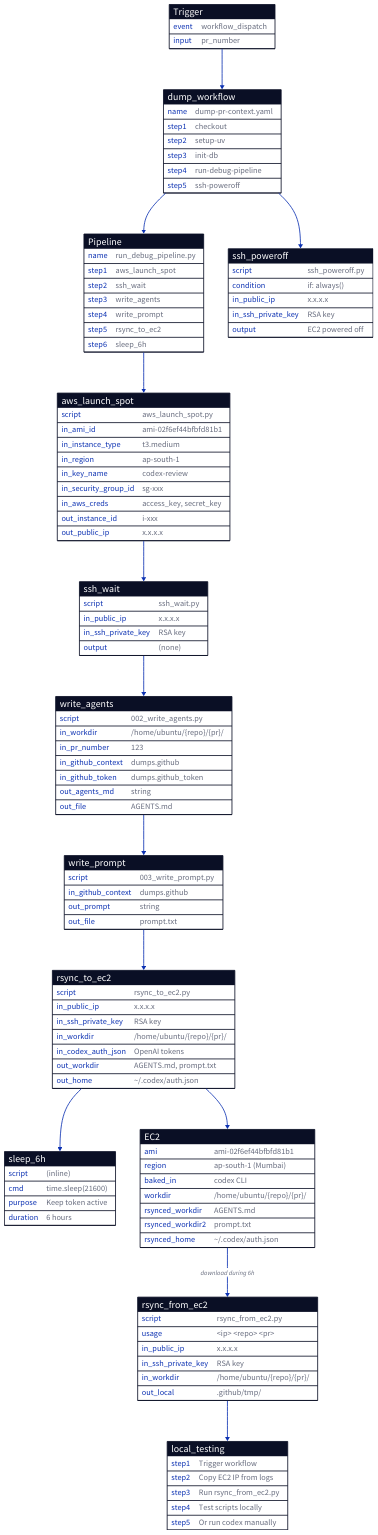
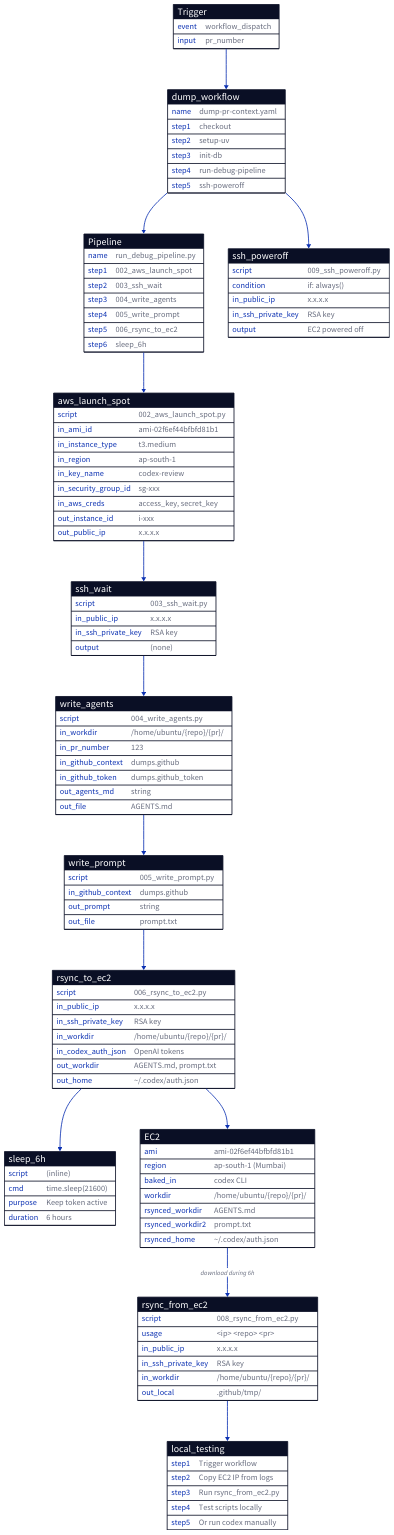
Before and after one commit to fossh/codex-code-review-poc1: the diagram in flow_diagrams/debug_flow.d2, drawn with D2. The commit also changed 13 other files, not shown here.

```diff
--- a/flow_diagrams/debug_flow.d2
+++ b/flow_diagrams/debug_flow.d2
@@ -1,147 +1,147 @@
 direction: down
 
 # Debug/Local Testing Flow
 
 # Trigger
 Trigger: {
   shape: sql_table
   event: "workflow_dispatch"
   input: "pr_number"
 }
 
 # Dump Workflow
 dump_workflow: {
   shape: sql_table
   name: "dump-pr-context.yaml"
   step1: "checkout"
   step2: "setup-uv"
   step3: "init-db"
   step4: "run-debug-pipeline"
   step5: "ssh-poweroff"
 }
 
 Trigger -> dump_workflow
 
 # Debug Pipeline
 Pipeline: {
   shape: sql_table
   name: "run_debug_pipeline.py"
-  step1: "aws_launch_spot"
-  step2: "ssh_wait"
-  step3: "write_agents"
-  step4: "write_prompt"
-  step5: "rsync_to_ec2"
+  step1: "002_aws_launch_spot"
+  step2: "003_ssh_wait"
+  step3: "004_write_agents"
+  step4: "005_write_prompt"
+  step5: "006_rsync_to_ec2"
   step6: "sleep_6h"
 }
 
 aws_launch_spot: {
   shape: sql_table
-  script: "aws_launch_spot.py"
+  script: "002_aws_launch_spot.py"
   in_ami_id: "ami-02f6ef44bfbfd81b1"
   in_instance_type: "t3.medium"
   in_region: "ap-south-1"
   in_key_name: "codex-review"
   in_security_group_id: "sg-xxx"
   in_aws_creds: "access_key, secret_key"
   out_instance_id: "i-xxx"
   out_public_ip: "x.x.x.x"
 }
 
 ssh_wait: {
   shape: sql_table
-  script: "ssh_wait.py"
+  script: "003_ssh_wait.py"
   in_public_ip: "x.x.x.x"
   in_ssh_private_key: "RSA key"
   output: "(none)"
 }
 
 write_agents: {
   shape: sql_table
-  script: "002_write_agents.py"
+  script: "004_write_agents.py"
   in_workdir: "/home/ubuntu/{repo}/{pr}/"
   in_pr_number: "123"
   in_github_context: "dumps.github"
   in_github_token: "dumps.github_token"
   out_agents_md: "string"
   out_file: "AGENTS.md"
 }
 
 write_prompt: {
   shape: sql_table
-  script: "003_write_prompt.py"
+  script: "005_write_prompt.py"
   in_github_context: "dumps.github"
   out_prompt: "string"
   out_file: "prompt.txt"
 }
 
 rsync_to_ec2: {
   shape: sql_table
-  script: "rsync_to_ec2.py"
+  script: "006_rsync_to_ec2.py"
   in_public_ip: "x.x.x.x"
   in_ssh_private_key: "RSA key"
   in_workdir: "/home/ubuntu/{repo}/{pr}/"
   in_codex_auth_json: "OpenAI tokens"
   out_workdir: "AGENTS.md, prompt.txt"
   out_home: "~/.codex/auth.json"
 }
 
 sleep_6h: {
   shape: sql_table
   script: "(inline)"
   cmd: "time.sleep(21600)"
   purpose: "Keep token active"
   duration: "6 hours"
 }
 
 ssh_poweroff: {
   shape: sql_table
-  script: "ssh_poweroff.py"
+  script: "009_ssh_poweroff.py"
   condition: "if: always()"
   in_public_ip: "x.x.x.x"
   in_ssh_private_key: "RSA key"
   output: "EC2 powered off"
 }
 
 dump_workflow -> Pipeline
 Pipeline -> aws_launch_spot -> ssh_wait -> write_agents -> write_prompt
 write_prompt -> rsync_to_ec2 -> sleep_6h
 dump_workflow -> ssh_poweroff
 
 # EC2 Instance
 EC2: {
   shape: sql_table
   ami: "ami-02f6ef44bfbfd81b1"
   region: "ap-south-1 (Mumbai)"
   baked_in: "codex CLI"
   workdir: "/home/ubuntu/{repo}/{pr}/"
   rsynced_workdir: "AGENTS.md"
   rsynced_workdir2: "prompt.txt"
   rsynced_home: "~/.codex/auth.json"
 }
 
 rsync_to_ec2 -> EC2
 
 # Local Download
 rsync_from_ec2: {
   shape: sql_table
-  script: "rsync_from_ec2.py"
+  script: "008_rsync_from_ec2.py"
   usage: "<ip> <repo> <pr>"
   in_public_ip: "x.x.x.x"
   in_ssh_private_key: "RSA key"
   in_workdir: "/home/ubuntu/{repo}/{pr}/"
   out_local: ".github/tmp/"
 }
 
 EC2 -> rsync_from_ec2: "download during 6h"
 
 # Local Testing Instructions
 local_testing: {
   shape: sql_table
   step1: "Trigger workflow"
   step2: "Copy EC2 IP from logs"
   step3: "Run rsync_from_ec2.py"
   step4: "Test scripts locally"
   step5: "Or run codex manually"
 }
 
 rsync_from_ec2 -> local_testing
```
